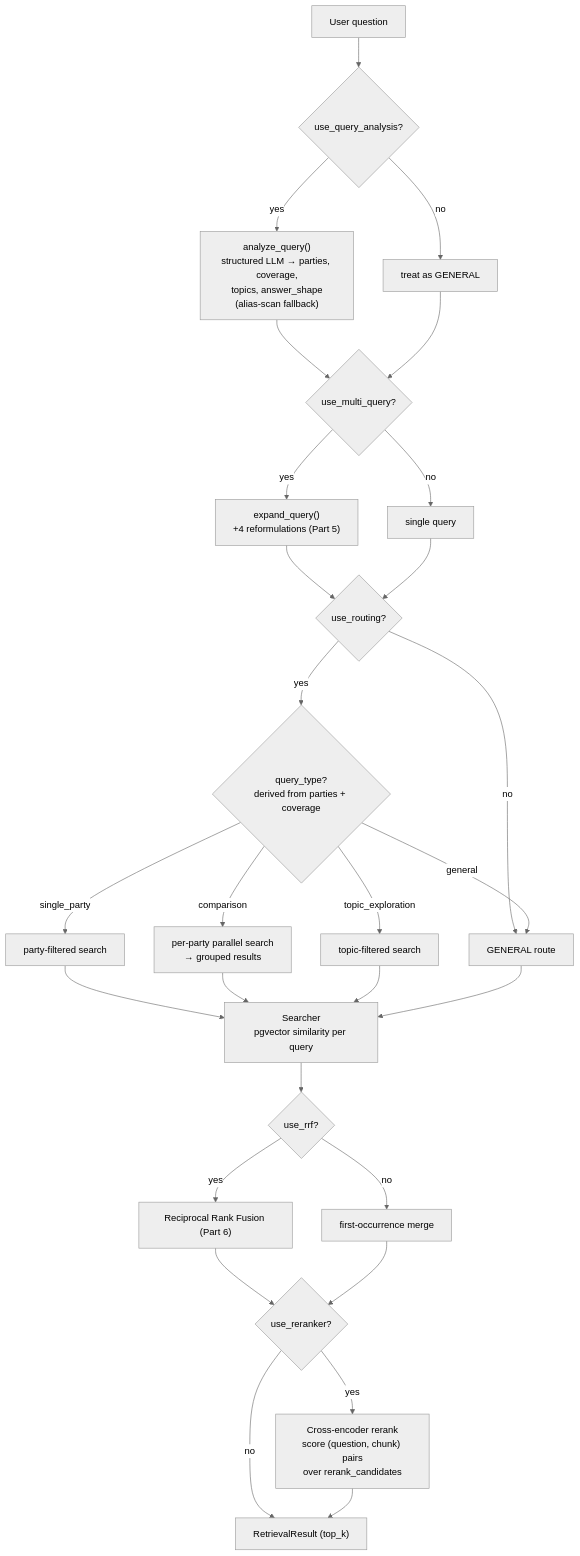
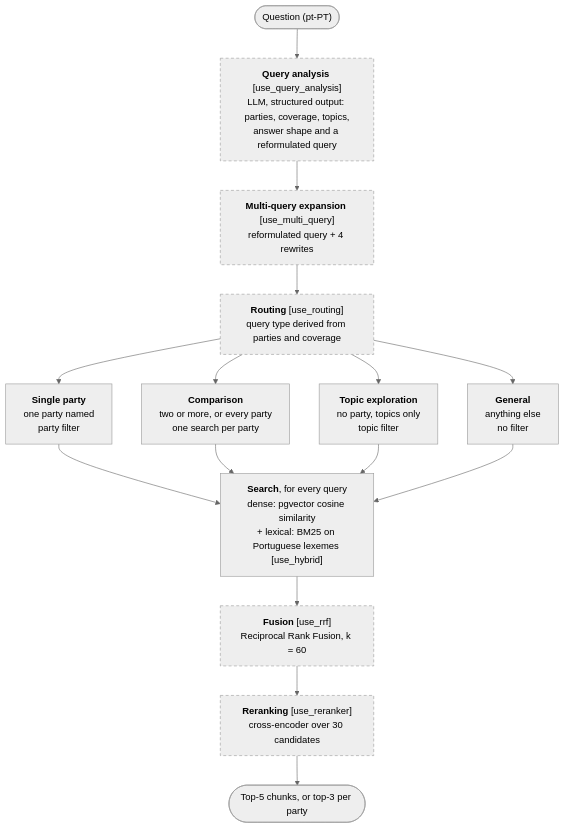
The third of 5 diagrams in docs/architecture.md (afonsoni/thesis), drawn with Mermaid (neutral theme) before and after one commit. The commit also changed other lines of this file and 7 other files, not shown here.

First line of the commit message:
docs(architecture): update the Mermaid diagrams and render them for the thesis

````diff
--- a/docs/architecture.md
+++ b/docs/architecture.md
@@ -83,35 +103,23 @@
 ```mermaid
 flowchart TD
-    Q["User question"] --> AQ{"use_query_analysis?"}
-    AQ -->|yes| AN["analyze_query()<br/>structured LLM → parties, coverage,<br/>topics, answer_shape<br/>(alias-scan fallback)"]
-    AQ -->|no| GEN0["treat as GENERAL"]
+    Q(["Question (pt-PT)"])
+    AN["<b>Query analysis</b> [use_query_analysis]<br/>LLM, structured output: parties, coverage, topics,<br/>answer shape and a reformulated query"]
+    EX["<b>Multi-query expansion</b> [use_multi_query]<br/>reformulated query + 4 rewrites"]
+    RT["<b>Routing</b> [use_routing]<br/>query type derived from parties and coverage"]
+    SP["<b>Single party</b><br/>one party named<br/>party filter"]
+    CMP["<b>Comparison</b><br/>two or more, or every party<br/>one search per party"]
+    TOP["<b>Topic exploration</b><br/>no party, topics only<br/>topic filter"]
+    GEN["<b>General</b><br/>anything else<br/>no filter"]
+    SE["<b>Search</b>, for every query<br/>dense: pgvector cosine similarity<br/>+ lexical: BM25 on Portuguese lexemes [use_hybrid]"]
+    FU["<b>Fusion</b> [use_rrf]<br/>Reciprocal Rank Fusion, k = 60"]
+    RR["<b>Reranking</b> [use_reranker]<br/>cross-encoder over 30 candidates"]
+    OUT(["Top-5 chunks, or top-3 per party"])
 
-    AN --> MQ{"use_multi_query?"}
-    GEN0 --> MQ
-    MQ -->|yes| EX["expand_query()<br/>+4 reformulations (Part 5)"]
-    MQ -->|no| ONE["single query"]
+    Q --> AN --> EX --> RT
+    RT --> SP & CMP & TOP & GEN
+    SP & CMP & TOP & GEN --> SE
+    SE --> FU --> RR --> OUT
 
-    EX --> RT{"use_routing?"}
-    ONE --> RT
-    RT -->|no| G["GENERAL route"]
-    RT -->|yes| TYPE{"query_type?<br/>derived from parties + coverage"}
-
-    TYPE -->|single_party| SP["party-filtered search"]
-    TYPE -->|comparison| CMP["per-party parallel search<br/>→ grouped results"]
-    TYPE -->|topic_exploration| TP["topic-filtered search"]
-    TYPE -->|general| G
-
-    SP --> S["Searcher<br/>pgvector similarity per query"]
-    CMP --> S
-    TP --> S
-    G --> S
-
-    S --> RRF{"use_rrf?"}
-    RRF -->|yes| FUSE["Reciprocal Rank Fusion (Part 6)"]
-    RRF -->|no| ORDER["first-occurrence merge"]
-    FUSE --> RR{"use_reranker?"}
-    ORDER --> RR
-    RR -->|no| RES["RetrievalResult (top_k)"]
-    RR -->|yes| CE["Cross-encoder rerank<br/>score (question, chunk) pairs<br/>over rerank_candidates"]
-    CE --> RES
+    classDef flag stroke-dasharray: 5 4
+    class AN,EX,RT,FU,RR flag
 ```
````
